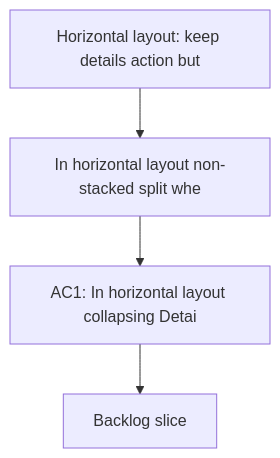
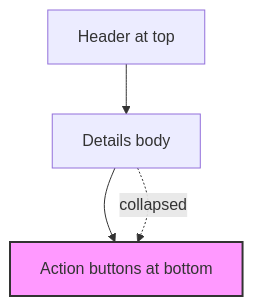
Before and after one commit to AlexAgo83/logics-manager: the diagram in logics/request/req_011_horizontal_layout_keep_details_action_buttons_pinned_to_bottom_when_collapsed.md, drawn with Mermaid. The commit also changed other lines of this file and 54 other files, not shown here.

````diff
--- a/logics/request/req_011_horizontal_layout_keep_details_action_buttons_pinned_to_bottom_when_collapsed.md
+++ b/logics/request/req_011_horizontal_layout_keep_details_action_buttons_pinned_to_bottom_when_collapsed.md
@@ -10,8 +10,12 @@
 ```mermaid
 %% logics-kind: request
 %% logics-signature: request|horizontal-layout-keep-details-action-bu|in-horizontal-layout-non-stacked-split-w|ac1-in-horizontal-layout-collapsing-deta
 flowchart TD
-    Trigger[Horizontal layout: keep details action but] --> Need[In horizontal layout non-stacked split whe]
-    Need --> Outcome[AC1: In horizontal layout collapsing Detai]
-    Outcome --> Backlog[Backlog slice]
+  Header[Header at top]
+  DetailsBody[Details body]
+  Actions[Action buttons at bottom]
+  Header --> DetailsBody
+  DetailsBody --> Actions
+  DetailsBody -. collapsed .-> Actions
+  style Actions fill:#f9f,stroke:#333,stroke-width:2px
 ```
````
